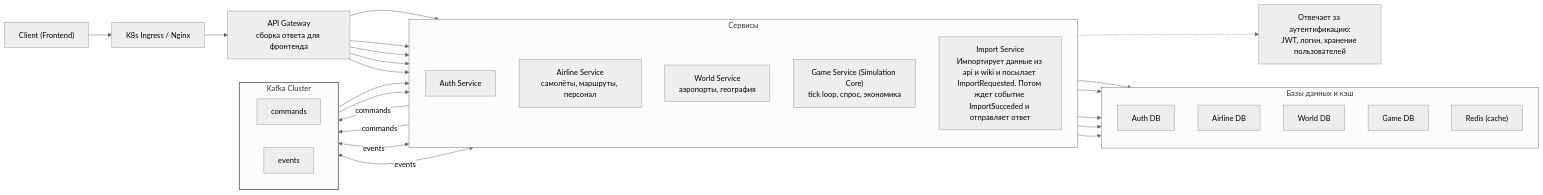
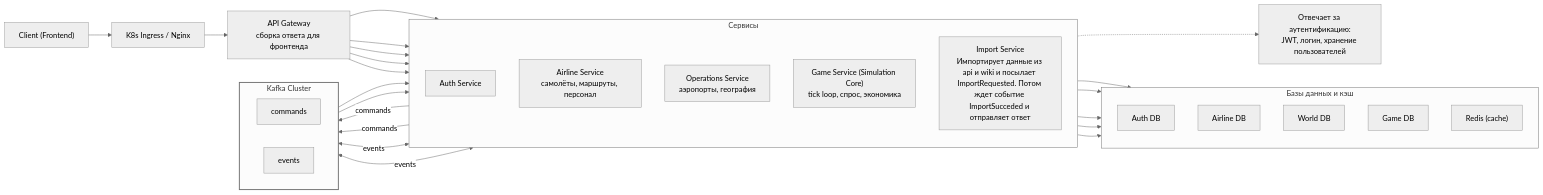
One commit to 404-u-team/airlinesim-mono changed the diagram in README.md. Above: the diagram before and after it, drawn with Mermaid (neutral theme). The commit also changed 85 other files, not shown here.

Commit message:
Renamed world-service to operations-service

````diff
--- a/README.md
+++ b/README.md
@@ -7,78 +7,78 @@
 ```mermaid
 flowchart LR
 
     %% Клиент и вход
     CLIENT["Client (Frontend)"]
     INGRESS["K8s Ingress / Nginx"]
     GATEWAY["API Gateway<br>сборка ответа для фронтенда"]
 
     CLIENT --> INGRESS --> GATEWAY
 
     %% Сервисы (группируем)
     subgraph SERVICES [Сервисы]
         direction TB
         AUTH["Auth Service"]
         AIRLINE["Airline Service<br>самолёты, маршруты, персонал"]
-        WORLD["World Service<br>аэропорты, география"]
+        WORLD["Operations Service<br>аэропорты, география"]
         GAME["Game Service (Simulation Core)<br>tick loop, спрос, экономика"]
         IMPORT["Import Service<br>Импортирует данные из api и wiki и посылает ImportRequested. Потом ждет событие ImportSucceded и отправляет ответ"]
         
     end
     
     %% блоки с комментариями
     AUTH_DESC["Отвечает за аутентификацию:<br>JWT, логин, хранение пользователей"]
     AUTH -.-> AUTH_DESC
 
     %% Брокер
     subgraph KAFKA [Kafka Cluster]
         direction LR
         TOPIC_COMMANDS["commands"]
         TOPIC_EVENTS["events"]
     end
 
     %% Хранилища
     subgraph DATA [Базы данных и кэш]
         direction TB
         AUTH_DB["Auth DB"]
         AIRLINE_DB["Airline DB"]
         WORLD_DB["World DB"]
         GAME_DB["Game DB"]
         REDIS["Redis (cache)"]
     end
 
     %% Связи: API Gateway → сервисы
     GATEWAY --> AUTH
     GATEWAY --> AIRLINE
     GATEWAY --> WORLD
     GATEWAY --> GAME
     GATEWAY --> IMPORT
 
     %% Сервисы → свои БД
     AUTH --> AUTH_DB
     AIRLINE --> AIRLINE_DB
     WORLD --> WORLD_DB
     GAME --> GAME_DB
 
     %% Команды (от сервисов в брокер)
     AIRLINE -->|commands| TOPIC_COMMANDS
     GAME -->|commands| TOPIC_COMMANDS
 
     %% Команды → Game (получение команд)
     TOPIC_COMMANDS --> GAME
 
     %% События (World, Game, Import → events)
     WORLD <-->|events| TOPIC_EVENTS
     IMPORT <-->|events| TOPIC_EVENTS
 
 
     %% Подписка на события
     TOPIC_EVENTS --> AIRLINE
 
     %% Кэш
     GAME --> REDIS
 
     %% Стилизация для улучшения читаемости
     style KAFKA fill:stroke:#333,stroke-width:2px
     style SERVICES fill:stroke:#333
     style DATA fill:stroke:#333
 ```
````
